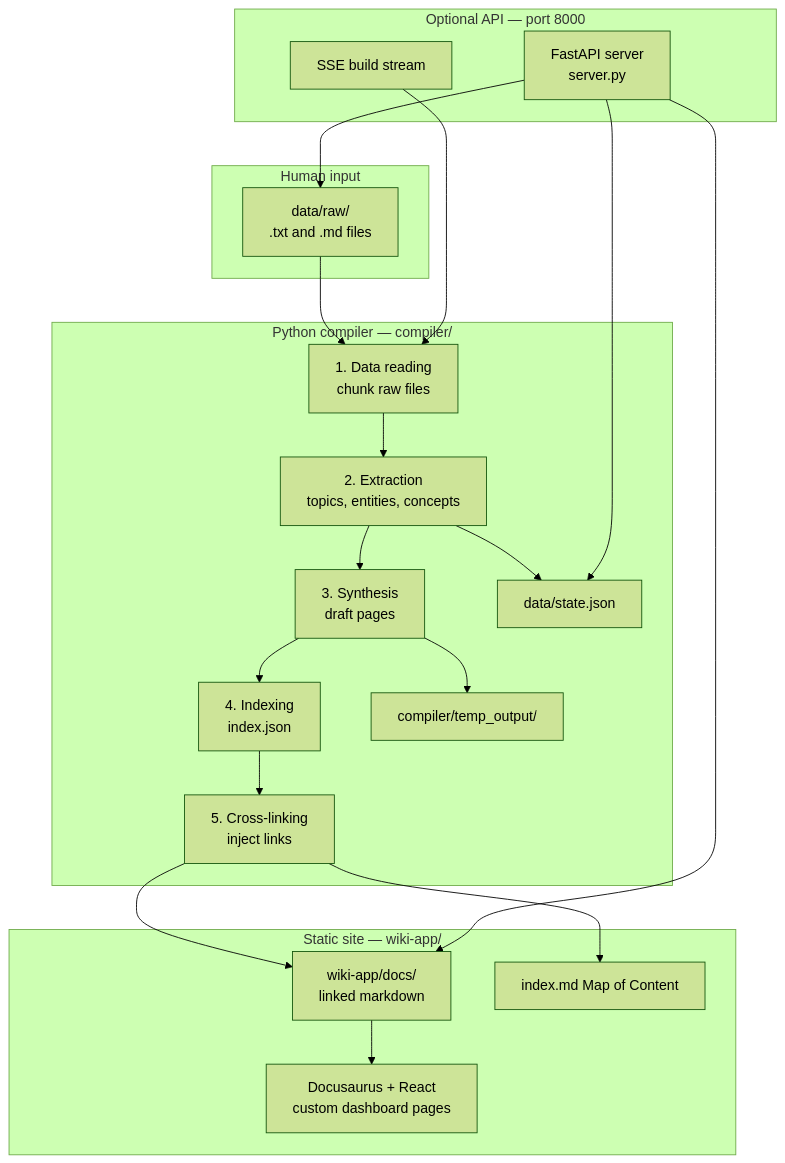
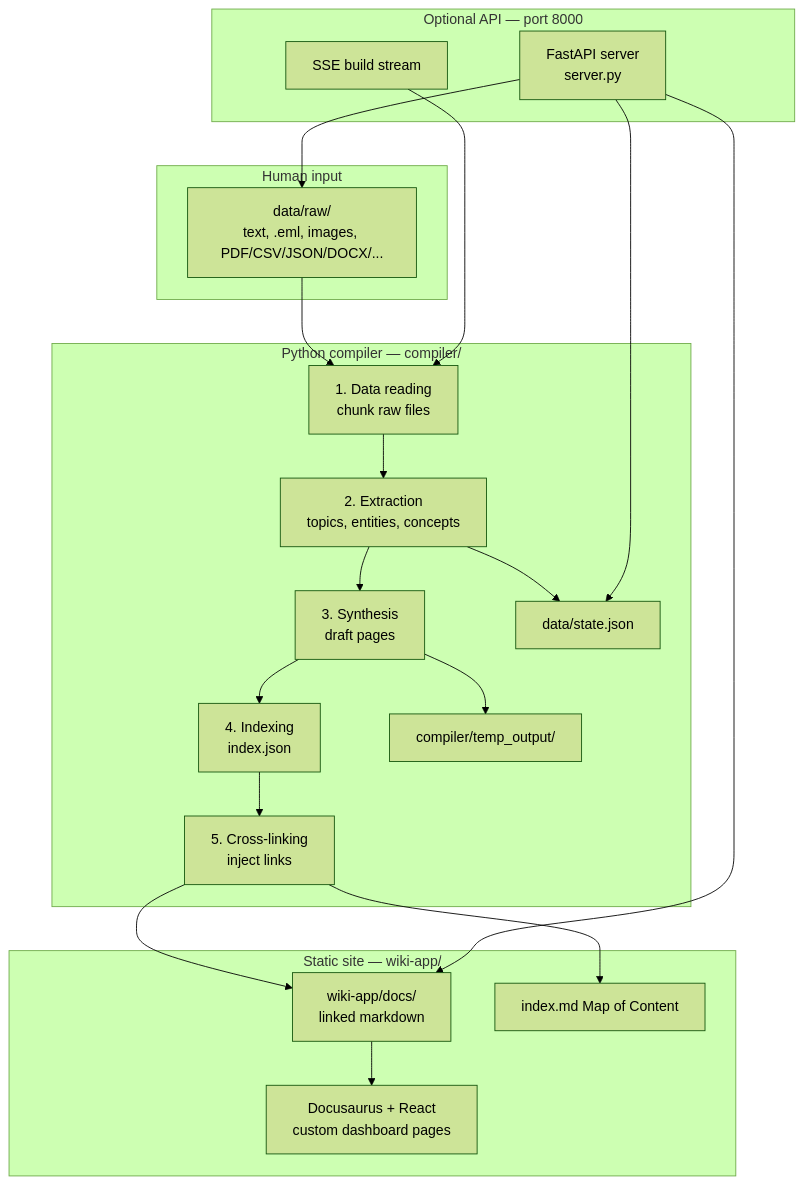
The diagram in README.md (navidfalah/wiki), drawn with Mermaid (forest theme) before and after one commit. The commit also changed other lines of this file and 29 other files, not shown here.

````diff
--- a/README.md
+++ b/README.md
@@ -35,39 +35,39 @@
 ```mermaid
 flowchart TB
     subgraph input [Human input]
-        RAW["data/raw/<br/>.txt and .md files"]
+        RAW["data/raw/<br/>text, .eml, images, PDF/CSV/JSON/DOCX/..."]
     end
 
     subgraph compiler [Python compiler — compiler/]
         S1["1. Data reading<br/>chunk raw files"]
         S2["2. Extraction<br/>topics, entities, concepts"]
         S3["3. Synthesis<br/>draft pages"]
         S4["4. Indexing<br/>index.json"]
         S5["5. Cross-linking<br/>inject links"]
         TEMP["compiler/temp_output/"]
         STATE["data/state.json"]
         S1 --> S2 --> S3 --> S4 --> S5
         S3 --> TEMP
         S2 --> STATE
     end
 
     subgraph output [Static site — wiki-app/]
         DOCS["wiki-app/docs/<br/>linked markdown"]
         MOC["index.md Map of Content"]
         DOCUSAURUS["Docusaurus + React<br/>custom dashboard pages"]
     end
 
     subgraph api [Optional API — port 8000]
         FASTAPI["FastAPI server<br/>server.py"]
         SSE["SSE build stream"]
     end
 
     RAW --> S1
     S5 --> DOCS
     S5 --> MOC
     DOCS --> DOCUSAURUS
     FASTAPI --> RAW
     FASTAPI --> DOCS
     FASTAPI --> STATE
     SSE --> S1
 ```
````
